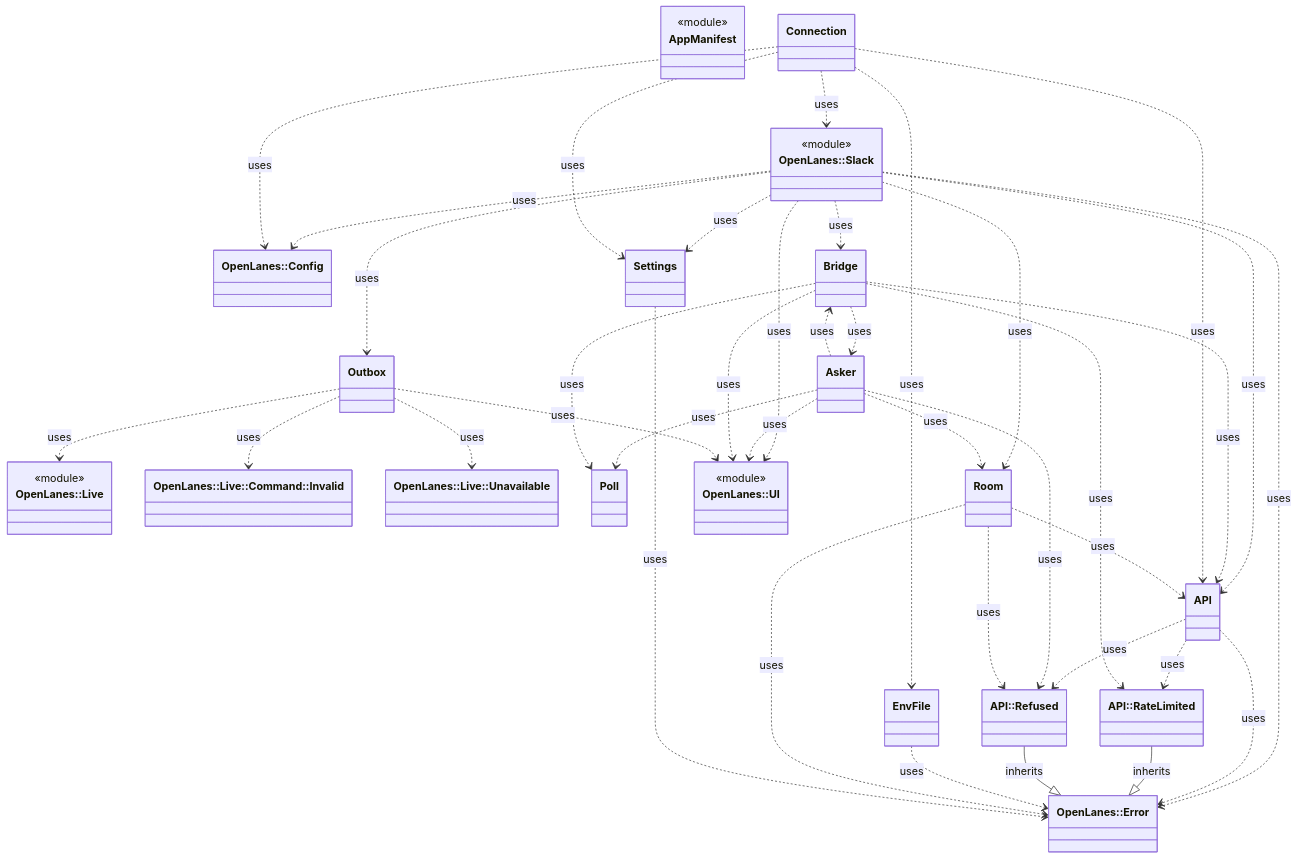
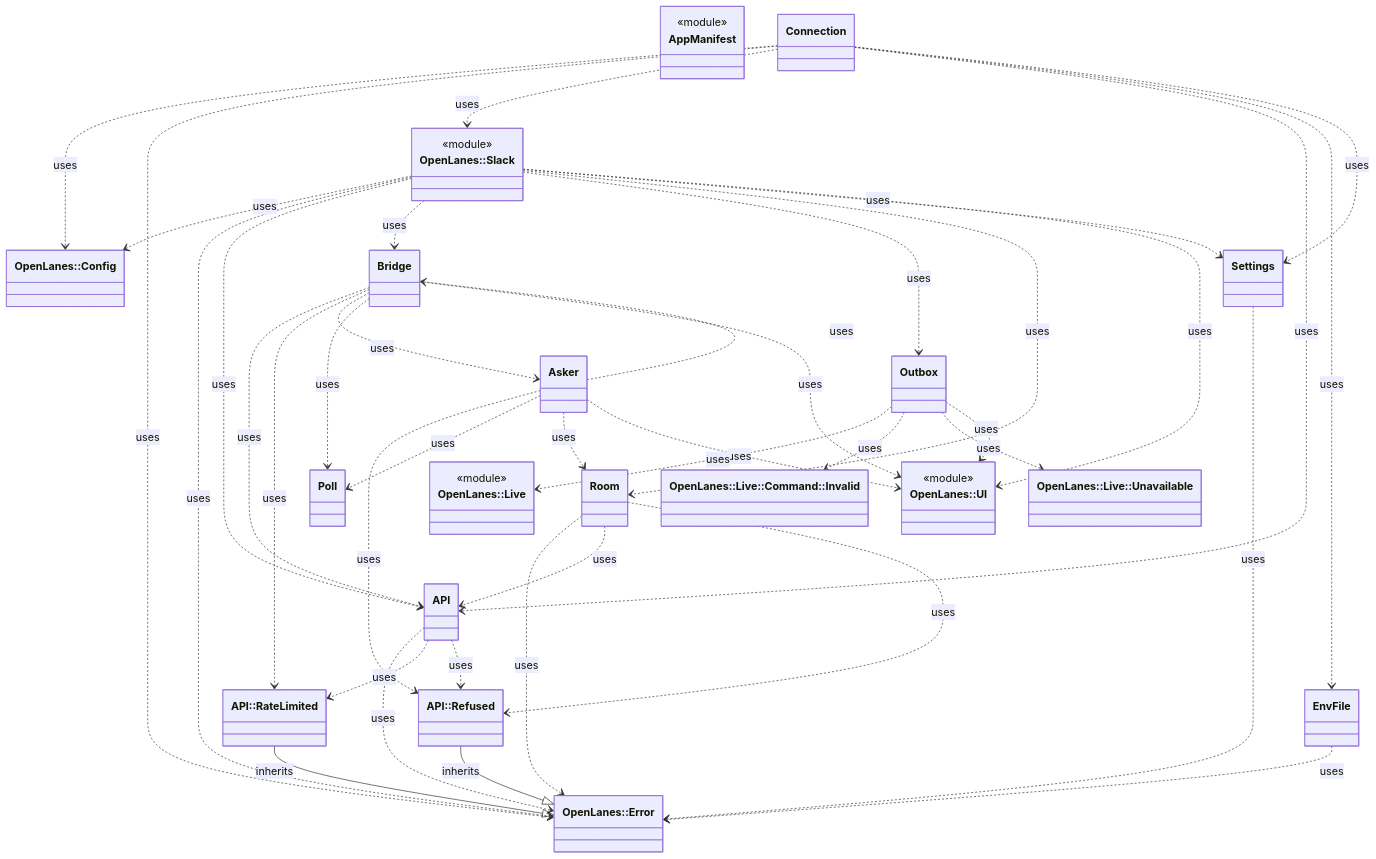
The diagram in docs/architecture/openlanes-slack.md (kigster/openlanes), drawn with Mermaid before and after one commit. The commit also changed 3 other files, not shown here.

````diff
--- a/docs/architecture/openlanes-slack.md
+++ b/docs/architecture/openlanes-slack.md
@@ -5,63 +5,64 @@
 ```mermaid
 classDiagram
   class OpenLanes__Config["OpenLanes::Config"]
   class OpenLanes__Error["OpenLanes::Error"]
   class OpenLanes__Live["OpenLanes::Live"]
   <<module>> OpenLanes__Live
   class OpenLanes__Live__Command__Invalid["OpenLanes::Live::Command::Invalid"]
   class OpenLanes__Live__Unavailable["OpenLanes::Live::Unavailable"]
   class OpenLanes__Slack["OpenLanes::Slack"]
   <<module>> OpenLanes__Slack
   class OpenLanes__Slack__API["API"]
   class OpenLanes__Slack__API__RateLimited["API::RateLimited"]
   class OpenLanes__Slack__API__Refused["API::Refused"]
   class OpenLanes__Slack__AppManifest["AppManifest"]
   <<module>> OpenLanes__Slack__AppManifest
   class OpenLanes__Slack__Asker["Asker"]
   class OpenLanes__Slack__Bridge["Bridge"]
   class OpenLanes__Slack__Connection["Connection"]
   class OpenLanes__Slack__EnvFile["EnvFile"]
   class OpenLanes__Slack__Outbox["Outbox"]
   class OpenLanes__Slack__Poll["Poll"]
   class OpenLanes__Slack__Room["Room"]
   class OpenLanes__Slack__Settings["Settings"]
   class OpenLanes__UI["OpenLanes::UI"]
   <<module>> OpenLanes__UI
   OpenLanes__Slack ..> OpenLanes__Config : uses
   OpenLanes__Slack ..> OpenLanes__Error : uses
   OpenLanes__Slack ..> OpenLanes__Slack__API : uses
   OpenLanes__Slack ..> OpenLanes__Slack__Bridge : uses
   OpenLanes__Slack ..> OpenLanes__Slack__Outbox : uses
   OpenLanes__Slack ..> OpenLanes__Slack__Room : uses
   OpenLanes__Slack ..> OpenLanes__Slack__Settings : uses
   OpenLanes__Slack ..> OpenLanes__UI : uses
   OpenLanes__Slack__API ..> OpenLanes__Error : uses
   OpenLanes__Slack__API ..> OpenLanes__Slack__API__RateLimited : uses
   OpenLanes__Slack__API ..> OpenLanes__Slack__API__Refused : uses
   OpenLanes__Slack__API__RateLimited --|> OpenLanes__Error : inherits
   OpenLanes__Slack__API__Refused --|> OpenLanes__Error : inherits
   OpenLanes__Slack__Asker ..> OpenLanes__Slack__API__Refused : uses
   OpenLanes__Slack__Asker ..> OpenLanes__Slack__Bridge : uses
   OpenLanes__Slack__Asker ..> OpenLanes__Slack__Poll : uses
   OpenLanes__Slack__Asker ..> OpenLanes__Slack__Room : uses
   OpenLanes__Slack__Asker ..> OpenLanes__UI : uses
   OpenLanes__Slack__Bridge ..> OpenLanes__Slack__API : uses
   OpenLanes__Slack__Bridge ..> OpenLanes__Slack__API__RateLimited : uses
   OpenLanes__Slack__Bridge ..> OpenLanes__Slack__Asker : uses
   OpenLanes__Slack__Bridge ..> OpenLanes__Slack__Poll : uses
   OpenLanes__Slack__Bridge ..> OpenLanes__UI : uses
   OpenLanes__Slack__Connection ..> OpenLanes__Config : uses
+  OpenLanes__Slack__Connection ..> OpenLanes__Error : uses
   OpenLanes__Slack__Connection ..> OpenLanes__Slack : uses
   OpenLanes__Slack__Connection ..> OpenLanes__Slack__API : uses
   OpenLanes__Slack__Connection ..> OpenLanes__Slack__EnvFile : uses
   OpenLanes__Slack__Connection ..> OpenLanes__Slack__Settings : uses
   OpenLanes__Slack__EnvFile ..> OpenLanes__Error : uses
   OpenLanes__Slack__Outbox ..> OpenLanes__Live : uses
   OpenLanes__Slack__Outbox ..> OpenLanes__Live__Command__Invalid : uses
   OpenLanes__Slack__Outbox ..> OpenLanes__Live__Unavailable : uses
   OpenLanes__Slack__Outbox ..> OpenLanes__UI : uses
   OpenLanes__Slack__Room ..> OpenLanes__Error : uses
   OpenLanes__Slack__Room ..> OpenLanes__Slack__API : uses
   OpenLanes__Slack__Room ..> OpenLanes__Slack__API__Refused : uses
   OpenLanes__Slack__Settings ..> OpenLanes__Error : uses
 ```
````
